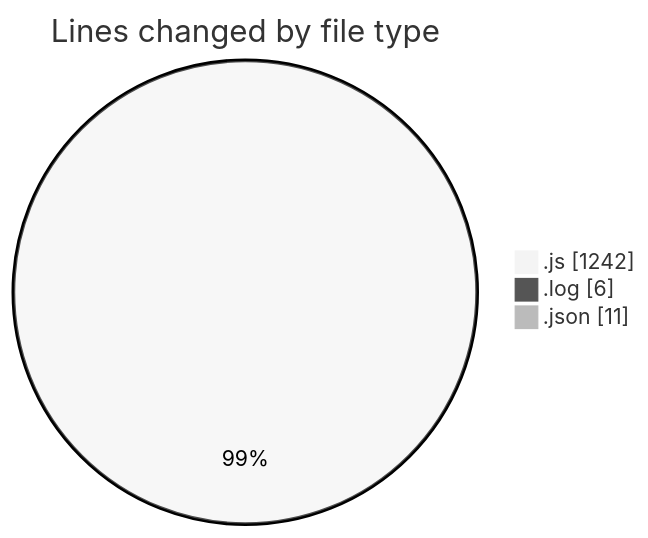
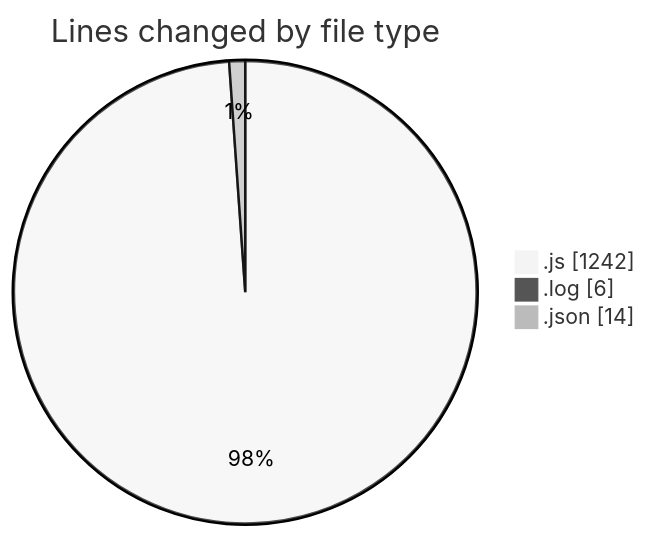
The first of 2 diagrams in 2025-03-31/jsvms/README.md (BS-eng2023/code-tracking), drawn with Mermaid (neutral theme) before and after one commit. The commit also changed other lines of this file and 1 other file, not shown here.

````diff
--- a/2025-03-31/jsvms/README.md
+++ b/2025-03-31/jsvms/README.md
@@ -34,7 +34,7 @@
 ```mermaid
 pie showData
 title Lines changed by file type
 ".js" : 1242
 ".log" : 6
-".json" : 11
+".json" : 14
 ```
````
